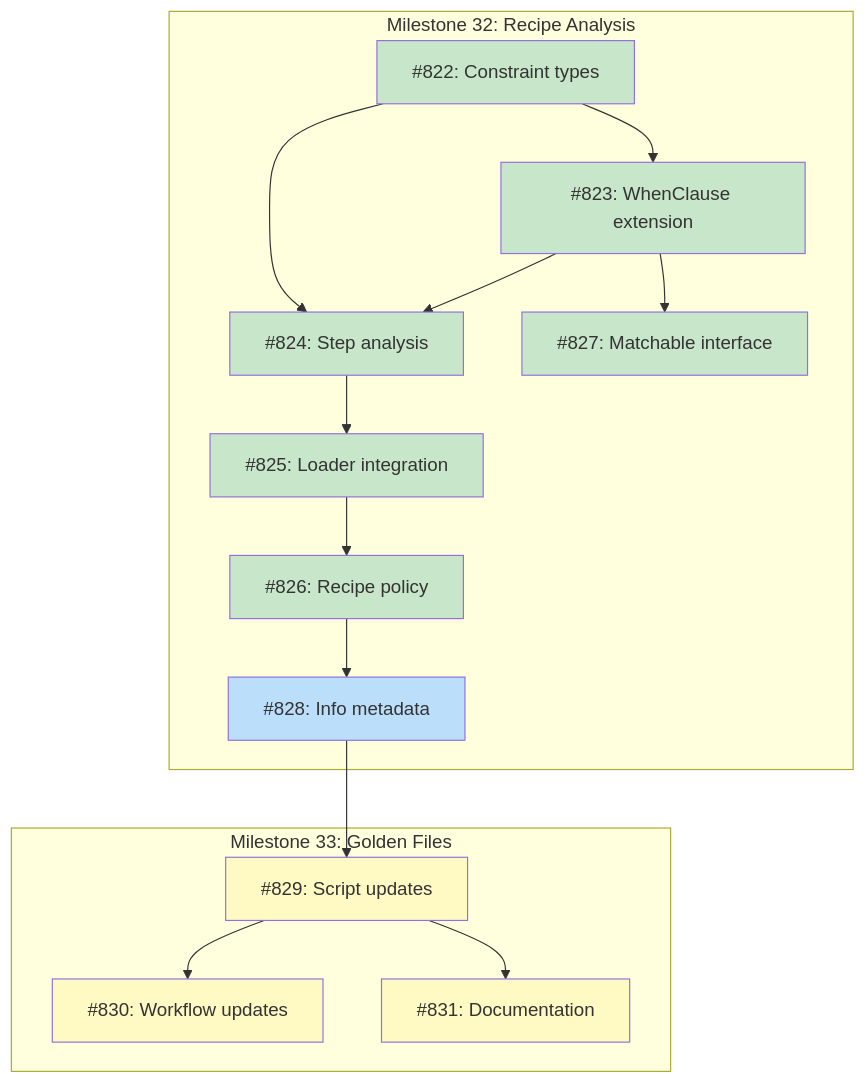
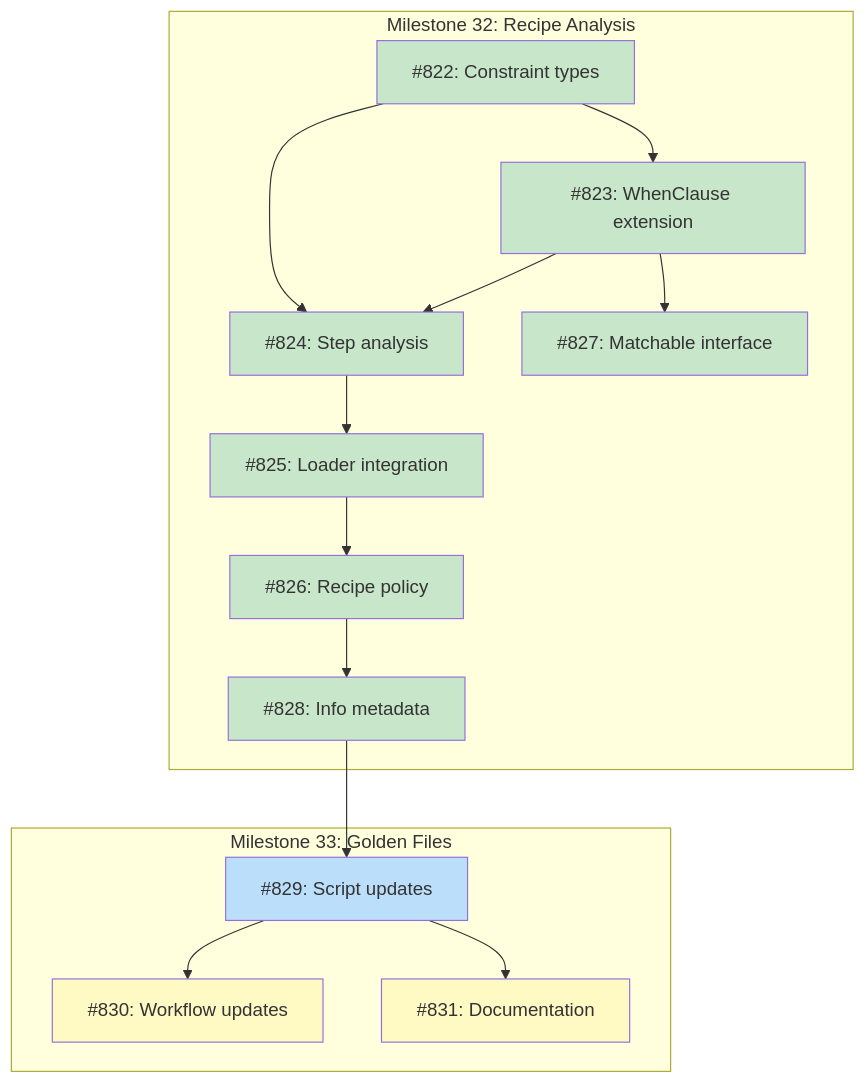
One commit to tsukumogami/tsuku changed the diagram in docs/DESIGN-golden-family-support.md. Above: the diagram before and after it, drawn with Mermaid. The commit also changed 3 other files, not shown here.

````diff
--- a/docs/DESIGN-golden-family-support.md
+++ b/docs/DESIGN-golden-family-support.md
@@ -31,38 +31,38 @@
 ```mermaid
 graph TD
     subgraph M32["Milestone 32: Recipe Analysis"]
         I822["#822: Constraint types"]
         I823["#823: WhenClause extension"]
         I824["#824: Step analysis"]
         I825["#825: Loader integration"]
         I826["#826: Recipe policy"]
         I827["#827: Matchable interface"]
         I828["#828: Info metadata"]
     end
 
     subgraph M33["Milestone 33: Golden Files"]
         I829["#829: Script updates"]
         I830["#830: Workflow updates"]
         I831["#831: Documentation"]
     end
 
     I822 --> I823
     I822 --> I824
     I823 --> I824
     I823 --> I827
     I824 --> I825
     I825 --> I826
     I826 --> I828
     I828 --> I829
     I829 --> I830
     I829 --> I831
 
     classDef done fill:#c8e6c9
     classDef ready fill:#bbdefb
     classDef blocked fill:#fff9c4
     classDef needsDesign fill:#e1bee7
 
-    class I822,I823,I824,I825,I826,I827 done
-    class I828 ready
-    class I829,I830,I831 blocked
+    class I822,I823,I824,I825,I826,I827,I828 done
+    class I829 ready
+    class I830,I831 blocked
 ```
````
